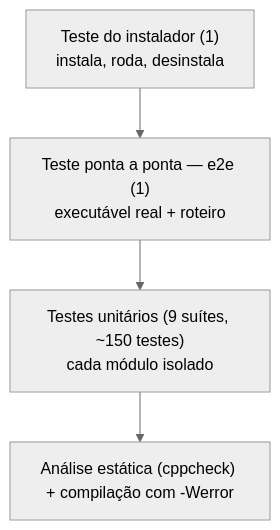
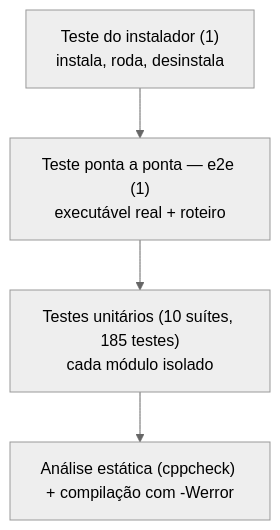
The first of 2 diagrams in docs/06-testes.md (Grolla05/OhmFlow), drawn with Mermaid (neutral theme) before and after one commit. The commit also changed other lines of this file and 15 other files, not shown here.

````diff
--- a/docs/06-testes.md
+++ b/docs/06-testes.md
@@ -15,8 +15,8 @@
 ```mermaid
 flowchart TB
     S["Teste do instalador (1)<br/>instala, roda, desinstala"]
     E["Teste ponta a ponta — e2e (1)<br/>executável real + roteiro"]
-    U["Testes unitários (9 suítes, ~150 testes)<br/>cada módulo isolado"]
+    U["Testes unitários (10 suítes, 185 testes)<br/>cada módulo isolado"]
     A["Análise estática (cppcheck) + compilação com -Werror"]
     S --> E --> U --> A
 ```
````
